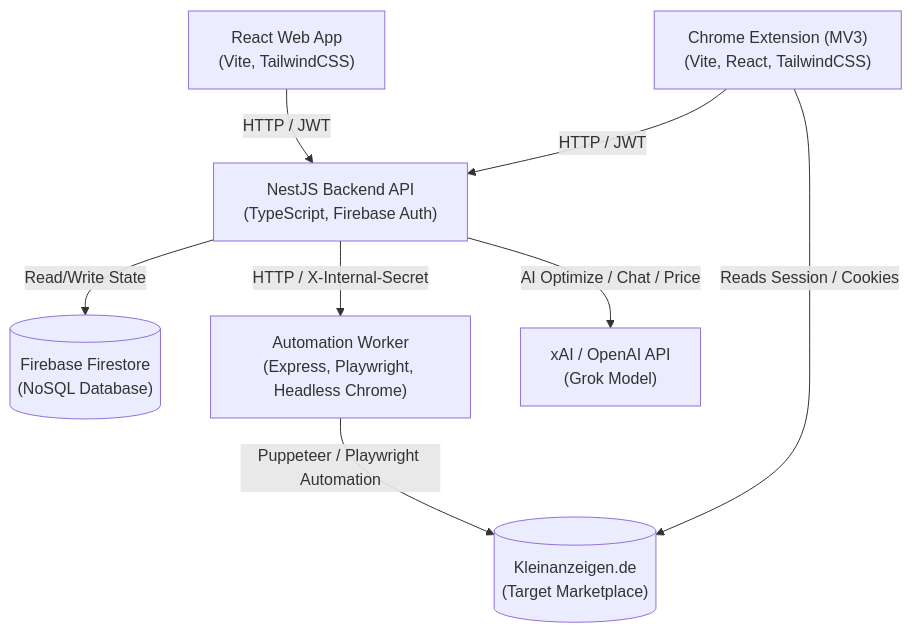
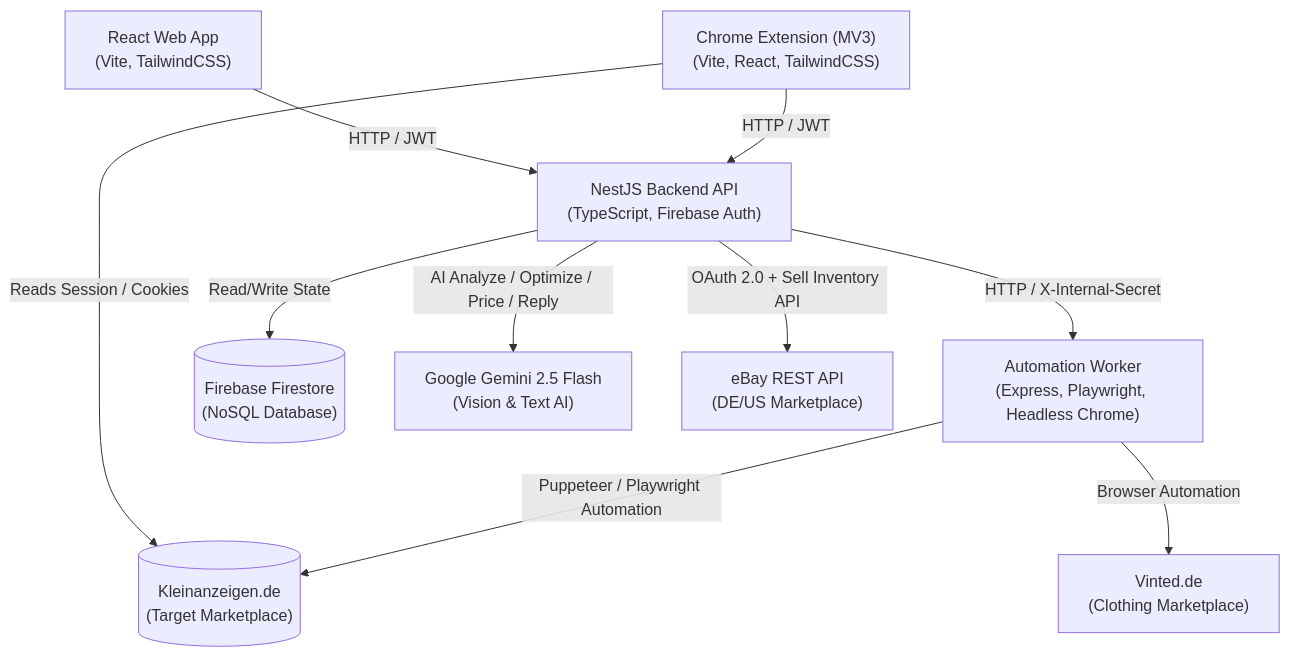
The first of 6 diagrams in ARCHITECTURE.md (Rebaiahmed/kleinanzeigen-boost), drawn with Mermaid before and after one commit. The commit also changed other lines of this file and 21 other files, not shown here.

````diff
--- a/ARCHITECTURE.md
+++ b/ARCHITECTURE.md
@@ -13,30 +13,34 @@
 ```mermaid
 graph TD
     %% Clients
     WebClient["React Web App<br>(Vite, TailwindCSS)"]
     ChromeExt["Chrome Extension (MV3)<br>(Vite, React, TailwindCSS)"]
     
     %% API Gateway / Orchestration
     NestBackend["NestJS Backend API<br>(TypeScript, Firebase Auth)"]
     
     %% Microservices
     PlaywrightWorker["Automation Worker<br>(Express, Playwright, Headless Chrome)"]
     
     %% Storage
     Firestore[("Firebase Firestore<br>(NoSQL Database)")]
     
     %% External Services
     Kleinanzeigen[("Kleinanzeigen.de<br>(Target Marketplace)")]
-    XAI["xAI / OpenAI API<br>(Grok Model)"]
+    Gemini["Google Gemini 2.5 Flash<br>(Vision & Text AI)"]
+    Ebay["eBay REST API<br>(DE/US Marketplace)"]
+    Vinted["Vinted.de<br>(Clothing Marketplace)"]
 
     %% Communications
     WebClient -->|HTTP / JWT| NestBackend
     ChromeExt -->|HTTP / JWT| NestBackend
     ChromeExt -->|Reads Session / Cookies| Kleinanzeigen
     
     NestBackend -->|Read/Write State| Firestore
     NestBackend -->|HTTP / X-Internal-Secret| PlaywrightWorker
-    NestBackend -->|AI Optimize / Chat / Price| XAI
+    NestBackend -->|AI Analyze / Optimize / Price / Reply| Gemini
+    NestBackend -->|OAuth 2.0 + Sell Inventory API| Ebay
     
     PlaywrightWorker -->|Puppeteer / Playwright Automation| Kleinanzeigen
+    PlaywrightWorker -->|Browser Automation| Vinted
 ```
````
